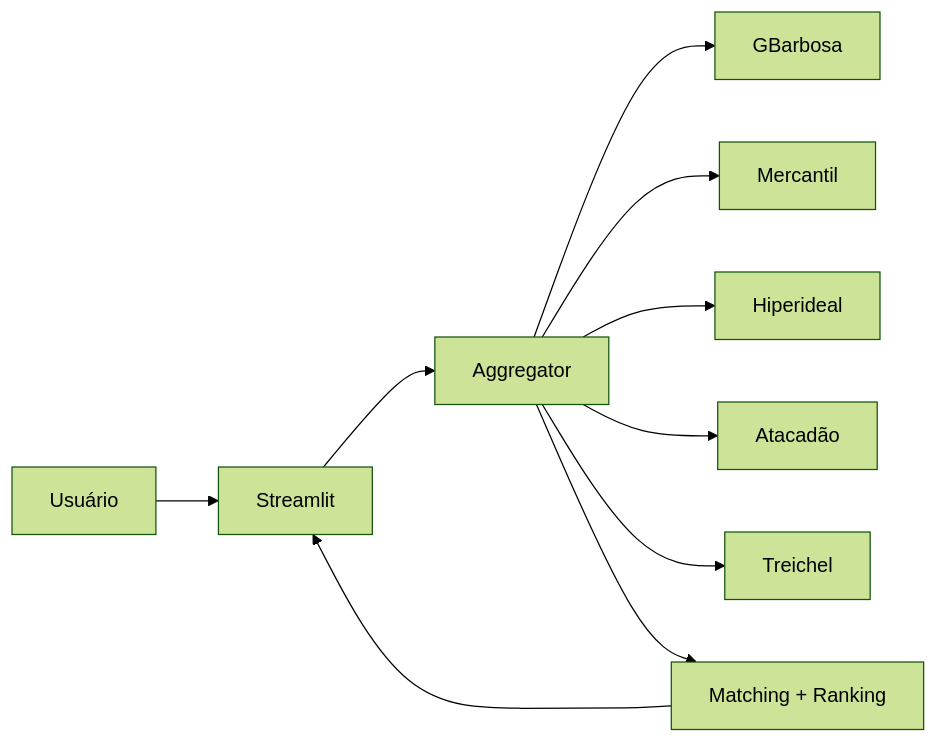
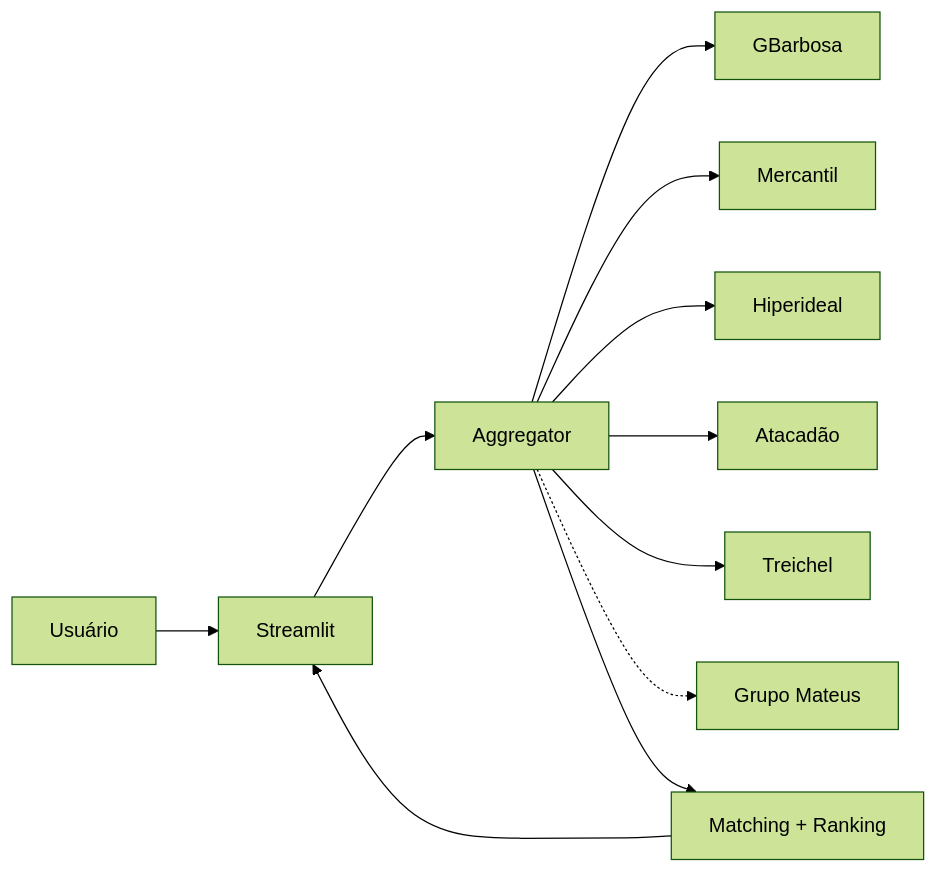
Before and after one commit to mateusjairan/menor_preco_atacados: the diagram in README.md, drawn with Mermaid (forest theme). The commit also changed other lines of this file and 16 other files, not shown here.

Commit message:
feat: adiciona Grupo Mateus e documenta limitacao do Assai

````diff
--- a/README.md
+++ b/README.md
@@ -95,12 +101,13 @@
 ```mermaid
 flowchart LR
     U[Usuário] --> S[Streamlit]
     S --> A[Aggregator]
     A --> G[GBarbosa]
     A --> M[Mercantil]
     A --> H[Hiperideal]
     A --> AT[Atacadão]
     A --> T[Treichel]
+    A -.-> GM[Grupo Mateus]
     A --> R[Matching + Ranking]
     R --> S
 ```
````
